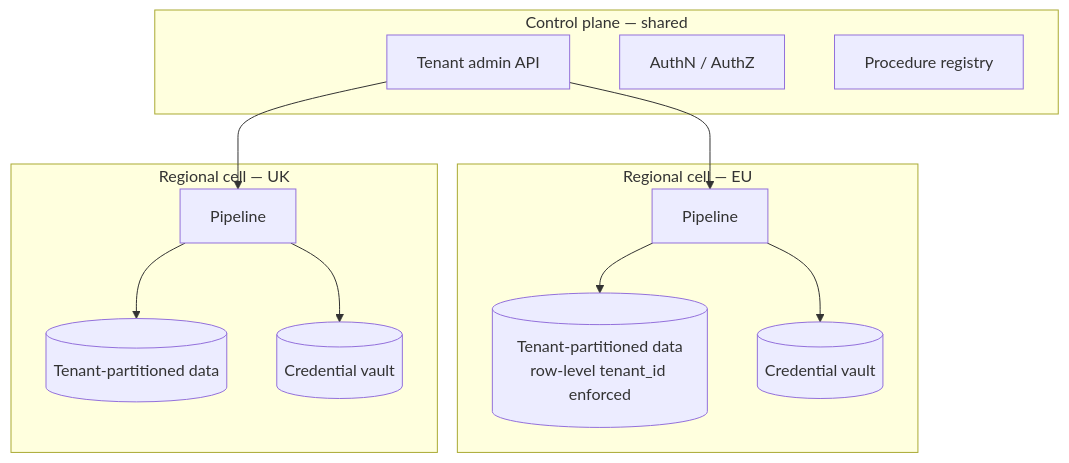
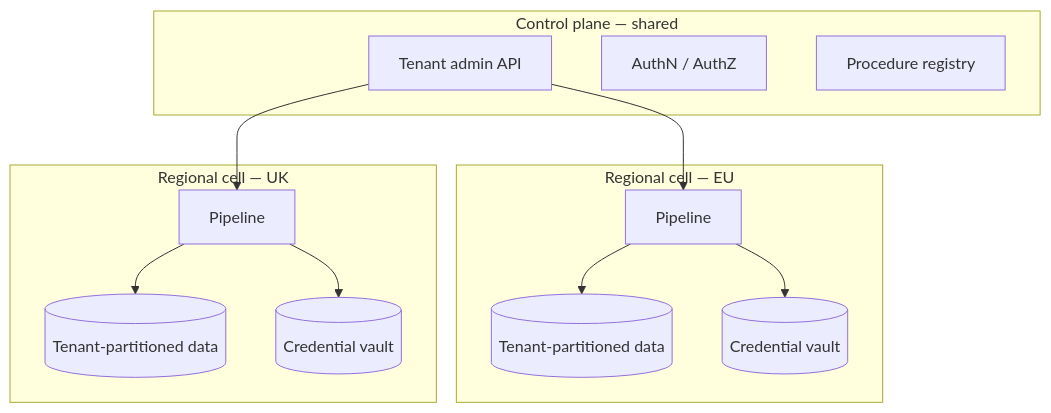
Diagram 13 of 13 in Design.md (sdannuri/iGamingAgent), drawn with Mermaid before and after one commit. The commit also changed other lines of this file, not shown here.

````diff
--- a/Design.md
+++ b/Design.md
@@ -595,24 +1372,21 @@
 ```mermaid
 graph TB
     subgraph CP["Control plane — shared"]
         API["Tenant admin API"]
         AUTH["AuthN / AuthZ"]
         REG["Procedure registry"]
     end
-
     subgraph EU["Regional cell — EU"]
         EUA["Pipeline"]
-        EUD[("Tenant-partitioned data<br/>row-level tenant_id enforced")]
+        EUD[("Tenant-partitioned data")]
         EUV[("Credential vault")]
     end
-
     subgraph UK["Regional cell — UK"]
         UKA["Pipeline"]
         UKD[("Tenant-partitioned data")]
         UKV[("Credential vault")]
     end
-
     API --> EUA & UKA
     EUA --> EUD & EUV
     UKA --> UKD & UKV
 ```
````
